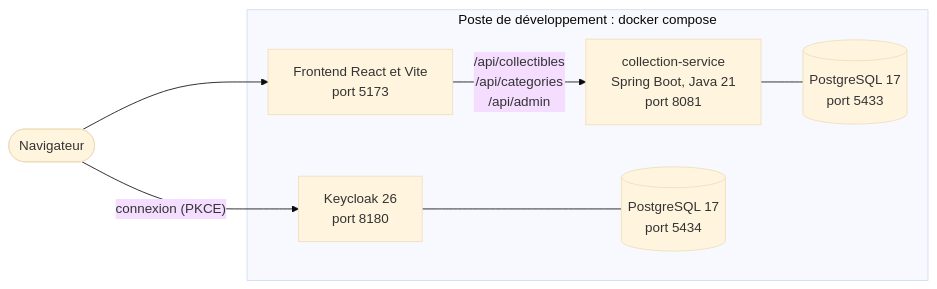
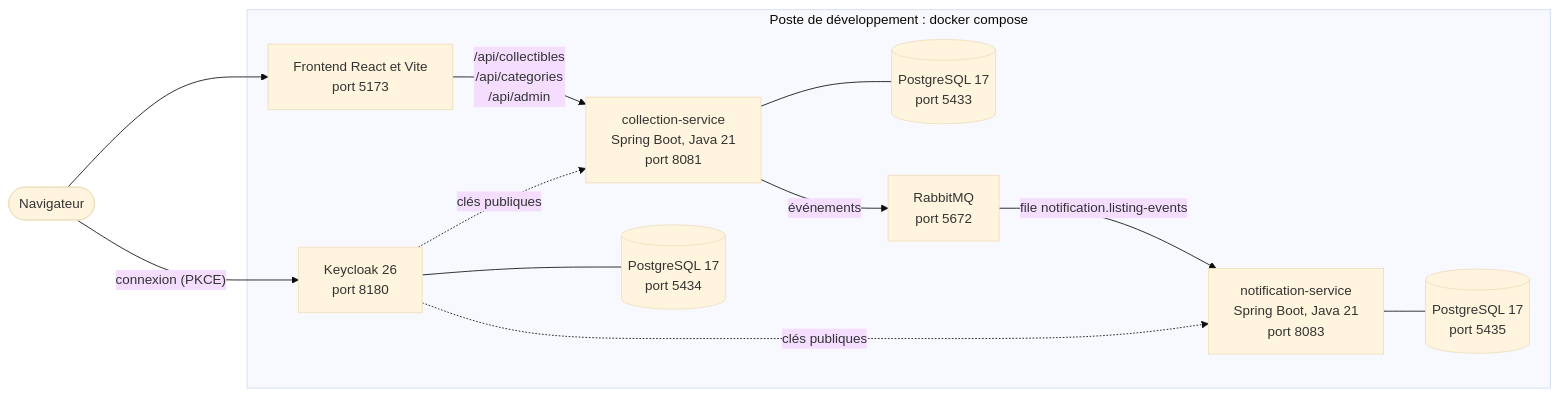
One commit to WALAAHAJJ/collector-indiv changed the second of 7 diagrams in docs/architecture.md. Above: the diagram before and after it, drawn with Mermaid (base theme). The commit also changed 3 other files, not shown here.

Commit message:
docs: notification-service dans Docker Compose, la CI et les schémas

````diff
--- a/docs/architecture.md
+++ b/docs/architecture.md
@@ -40,17 +40,25 @@
 ```mermaid
 flowchart LR
     nav(["Navigateur"])
     subgraph dev["Poste de développement : docker compose"]
         vite["Frontend React et Vite<br/>port 5173"]
         kc["Keycloak 26<br/>port 8180"]
         cs["collection-service<br/>Spring Boot, Java 21<br/>port 8081"]
         kdb[("PostgreSQL 17<br/>port 5434")]
         cdb[("PostgreSQL 17<br/>port 5433")]
+        ns["notification-service<br/>Spring Boot, Java 21<br/>port 8083"]
+        ndb[("PostgreSQL 17<br/>port 5435")]
+        mq["RabbitMQ<br/>port 5672"]
     end
 
     nav --> vite
     nav -->|"connexion (PKCE)"| kc
     vite -->|"/api/collectibles<br/>/api/categories<br/>/api/admin"| cs
     kc --- kdb
     cs --- cdb
+    cs -->|"événements"| mq
+    mq -->|"file notification.listing-events"| ns
+    ns --- ndb
+    kc -.->|"clés publiques"| cs
+    kc -.->|"clés publiques"| ns
 ```
````
